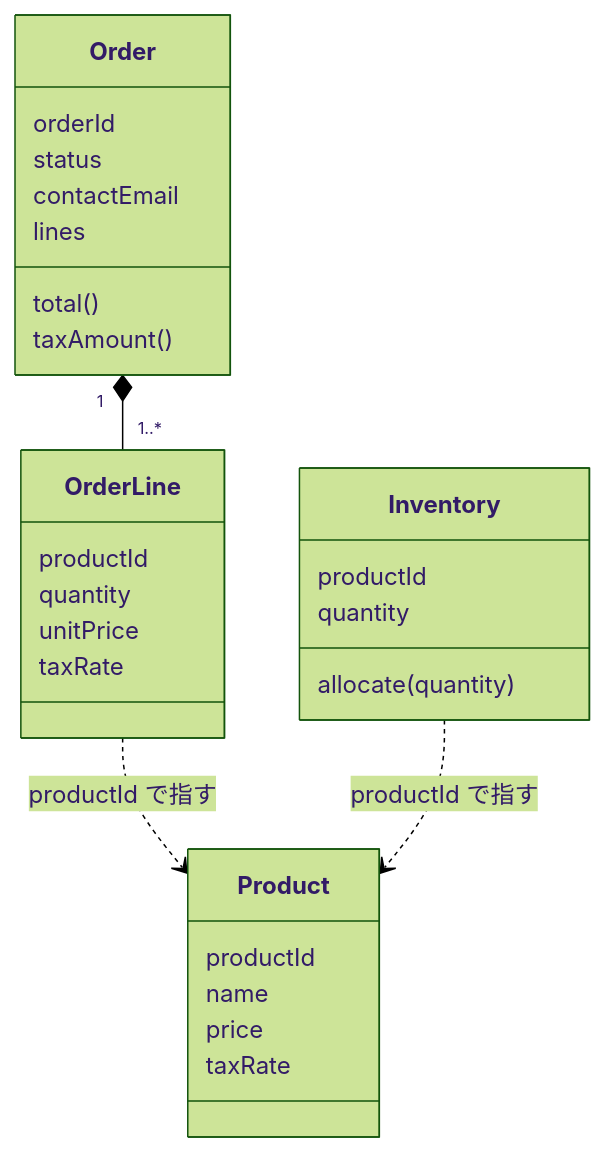
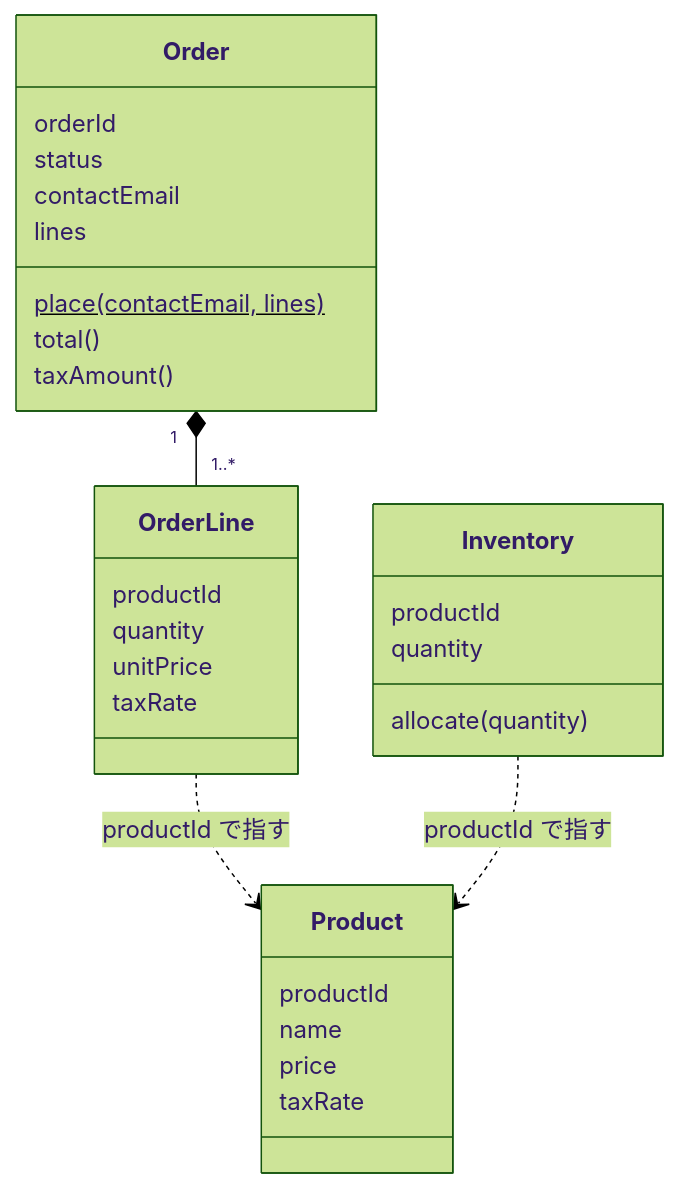
Before and after one commit to rasshii/rest-api-order: the second of 2 diagrams in docs/model/domain-model.md, drawn with Mermaid (forest theme). The commit also changed other lines of this file and 5 other files, not shown here.

````diff
--- a/docs/model/domain-model.md
+++ b/docs/model/domain-model.md
@@ -62,31 +62,32 @@
 ```mermaid
 classDiagram
   class Order {
     orderId
     status
     contactEmail
     lines
+    place(contactEmail, lines)$
     total()
     taxAmount()
   }
   class OrderLine {
     productId
     quantity
     unitPrice
     taxRate
   }
   class Product {
     productId
     name
     price
     taxRate
   }
   class Inventory {
     productId
     quantity
     allocate(quantity)
   }
   Order "1" *-- "1..*" OrderLine
   OrderLine ..> Product : productId で指す
   Inventory ..> Product : productId で指す
 ```
````
